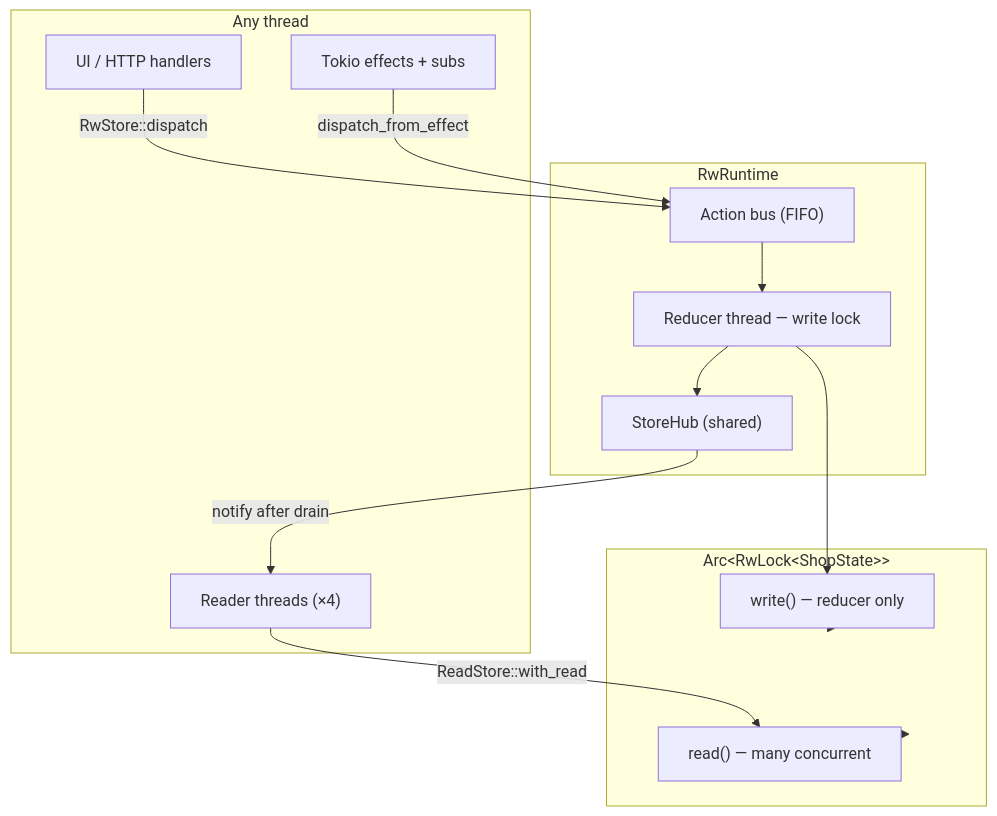
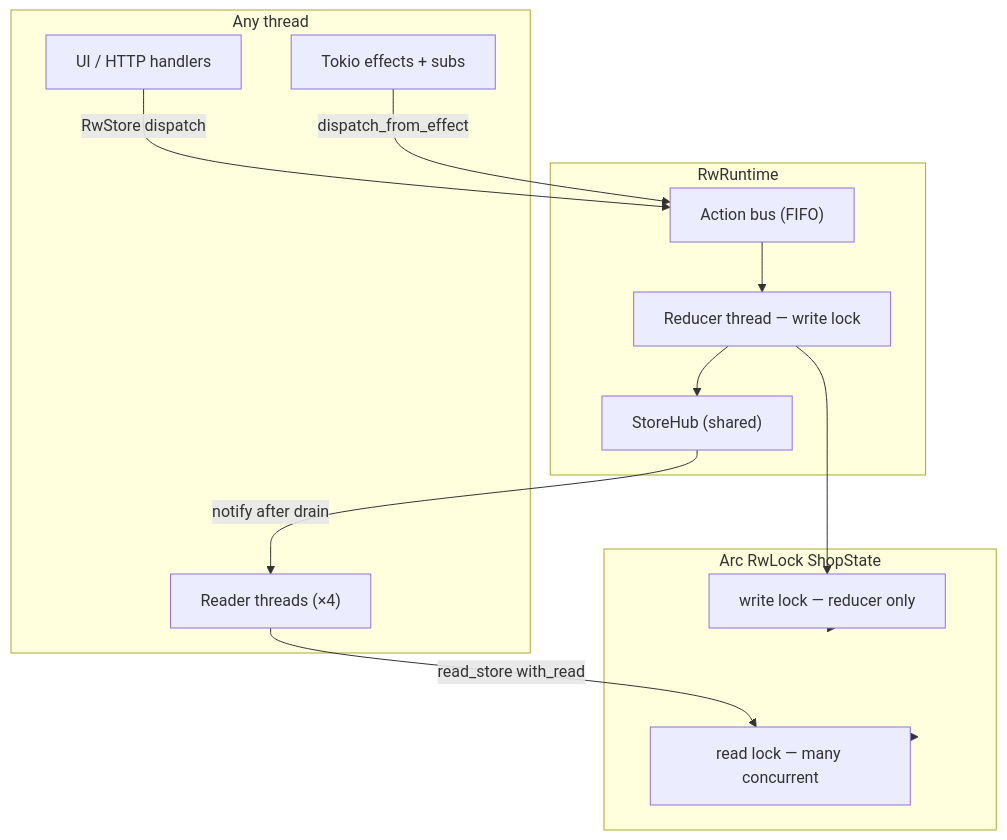
One commit to akashsoni01/rust-key-paths changed the second of 5 diagrams in rust-elm/book/rw_ecommerce.md. Above: the diagram before and after it, drawn with Mermaid. The commit also changed other lines of this file and 6 other files, not shown here.

````diff
--- a/rust-elm/book/rw_ecommerce.md
+++ b/rust-elm/book/rw_ecommerce.md
@@ -32,29 +68,29 @@
 ```mermaid
 flowchart TB
     subgraph Producers["Any thread"]
         UI["UI / HTTP handlers"]
         RD["Reader threads (×4)"]
         FX["Tokio effects + subs"]
     end
 
     subgraph Runtime["RwRuntime"]
         Bus["Action bus (FIFO)"]
         RT["Reducer thread — write lock"]
         Hub["StoreHub (shared)"]
     end
 
-    subgraph State["Arc&lt;RwLock&lt;ShopState&gt;&gt;"]
-        W["write() — reducer only"]
-        R["read() — many concurrent"]
+    subgraph State["Arc RwLock ShopState"]
+        W["write lock — reducer only"]
+        R["read lock — many concurrent"]
     end
 
-    UI -->|RwStore::dispatch| Bus
-    RD -->|ReadStore::with_read| R
+    UI -->|"RwStore dispatch"| Bus
+    RD -->|"read_store with_read"| R
     FX -->|dispatch_from_effect| Bus
     Bus --> RT
     RT --> W
     W --> State
     R --> State
     RT --> Hub
     Hub -->|notify after drain| RD
 ```
````
